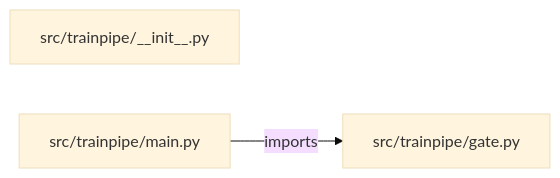
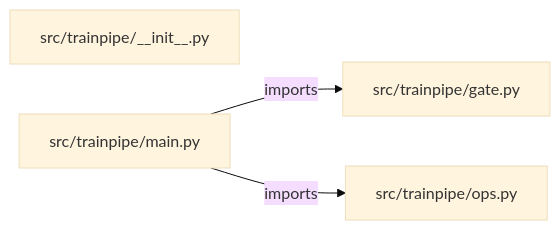
The diagram in PROJECT_ARCHITECTURE.md (iarsingh/automated-ml-training-pipeline), drawn with Mermaid (base theme) before and after one commit. The commit also changed other lines of this file and 2 other files, not shown here.

Commit message:
Refresh architecture and interview guides from current implementation

````diff
--- a/PROJECT_ARCHITECTURE.md
+++ b/PROJECT_ARCHITECTURE.md
@@ -13,7 +13,9 @@
 ```mermaid
 flowchart LR
     M0["src/trainpipe/__init__.py"]
     M1["src/trainpipe/gate.py"]
     M2["src/trainpipe/main.py"]
+    M3["src/trainpipe/ops.py"]
     M2 -->|imports| M1
+    M2 -->|imports| M3
 ```
````
